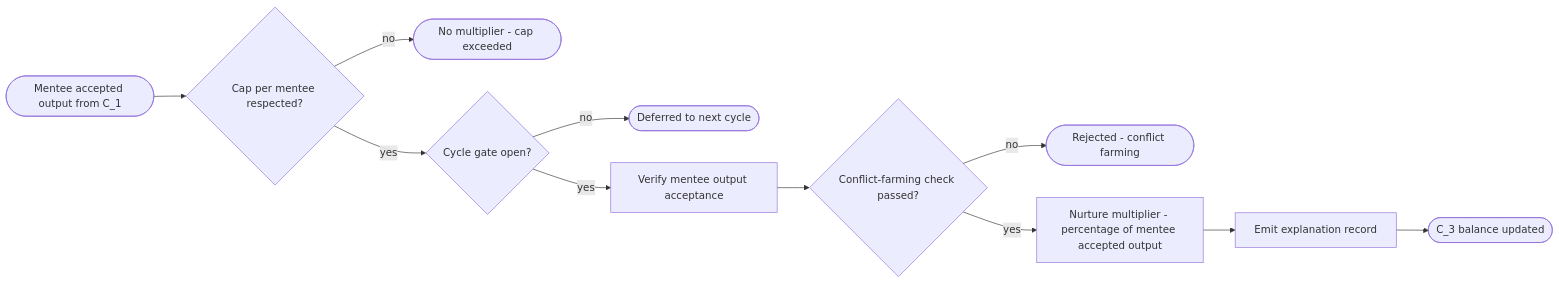
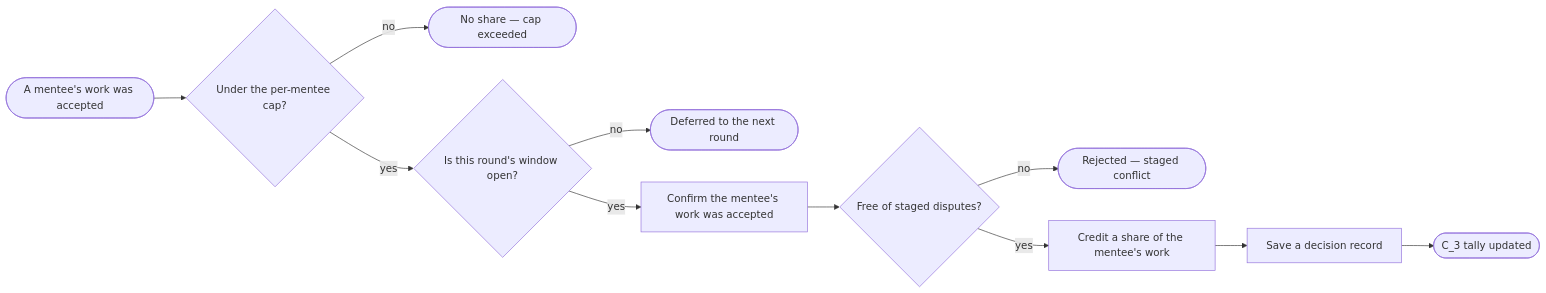
The sixth of 24 diagrams in docs/contribution-economy/README.md (vijayee/resonantdao-example), drawn with Mermaid before and after one commit. The commit also changed other lines of this file, not shown here.

````diff
--- a/docs/contribution-economy/README.md
+++ b/docs/contribution-economy/README.md
@@ -153,10 +150,10 @@
 ```mermaid
 flowchart LR
-  S([Mentee accepted output from C_1]) --> G1{Cap per mentee respected?}
-  G1 -->|no| E1([No multiplier - cap exceeded])
-  G1 -->|yes| G2{Cycle gate open?}
-  G2 -->|no| E2([Deferred to next cycle])
-  G2 -->|yes| V[Verify mentee output acceptance] --> G3{Conflict-farming check passed?}
-  G3 -->|no| E3([Rejected - conflict farming])
-  G3 -->|yes| M[Nurture multiplier - percentage of mentee accepted output] --> RC[Emit explanation record] --> E4([C_3 balance updated])
+  S([A mentee's work was accepted]) --> G1{Under the per-mentee cap?}
+  G1 -->|no| E1([No share — cap exceeded])
+  G1 -->|yes| G2{Is this round's window open?}
+  G2 -->|no| E2([Deferred to the next round])
+  G2 -->|yes| V[Confirm the mentee's work was accepted] --> G3{Free of staged disputes?}
+  G3 -->|no| E3([Rejected — staged conflict])
+  G3 -->|yes| M[Credit a share of the mentee's work] --> RC[Save a decision record] --> E4([C_3 tally updated])
 ```
````
